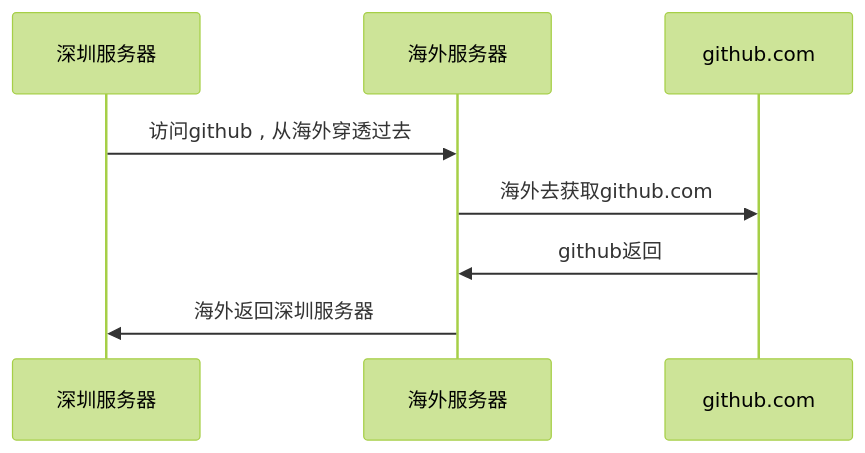
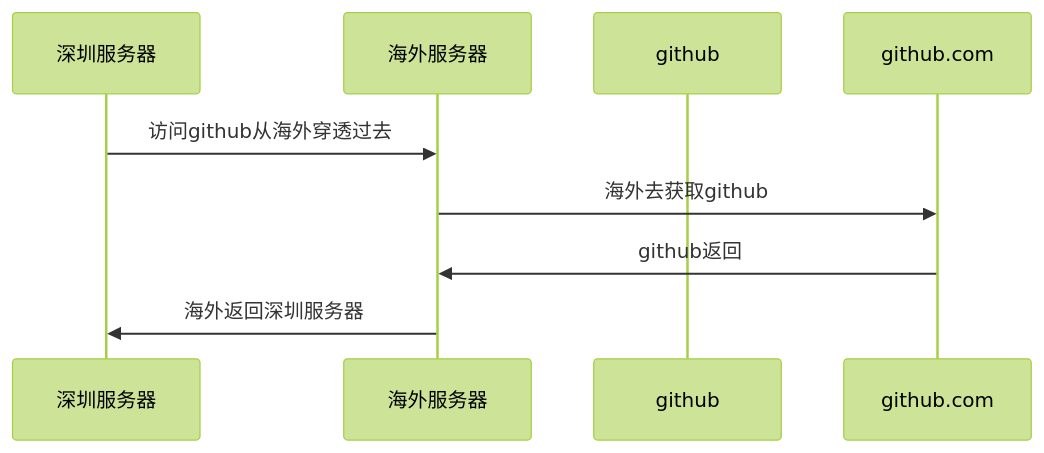
One commit to mmfei/mmfei.github.io changed the diagram in 2023/04/用穿透的方式解决国内阿里云访问github不顺畅的问题/index.md. Above: the diagram before and after it, drawn with Mermaid. The commit also changed 2 other files, not shown here.

Commit message:
用穿透的方式解决国内阿里云访问github不顺畅的问题 mmfei/blog_mmfei_com_src@b553e3441ce2081363d4946ccdea64ffe4bc6a11

````diff
--- a/2023/04/用穿透的方式解决国内阿里云访问github不顺畅的问题/index.md
+++ b/2023/04/用穿透的方式解决国内阿里云访问github不顺畅的问题/index.md
@@ -19,11 +19,11 @@
 ```mermaid
 %%{init: {'theme': 'forest', 'fill': 'white' } }%%
 sequenceDiagram
     participant 深圳服务器 
     participant 海外服务器
-    participant github.com
-    深圳服务器->>海外服务器: 访问github , 从海外穿透过去
-    海外服务器->>github.com: 海外去获取github.com
+    participant github
+    深圳服务器->>海外服务器: 访问github从海外穿透过去
+    海外服务器->>github.com: 海外去获取github
     github.com->>海外服务器: github返回
     海外服务器->>深圳服务器: 海外返回深圳服务器
 ```
````
